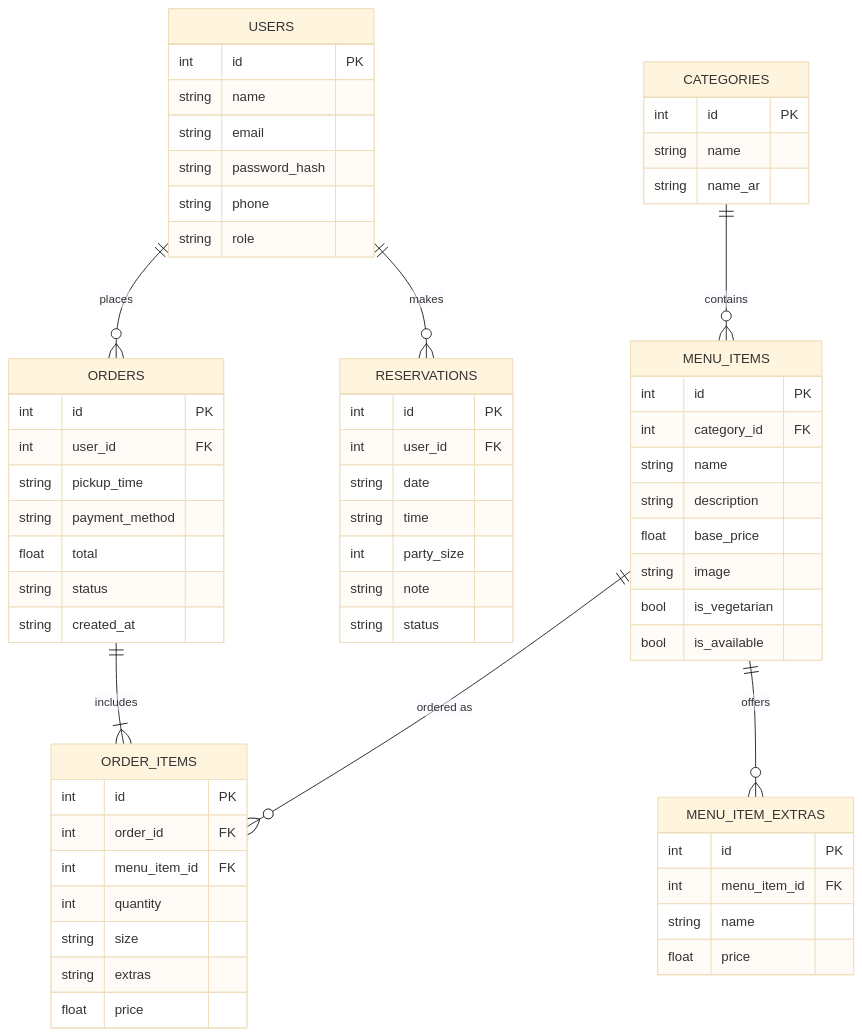
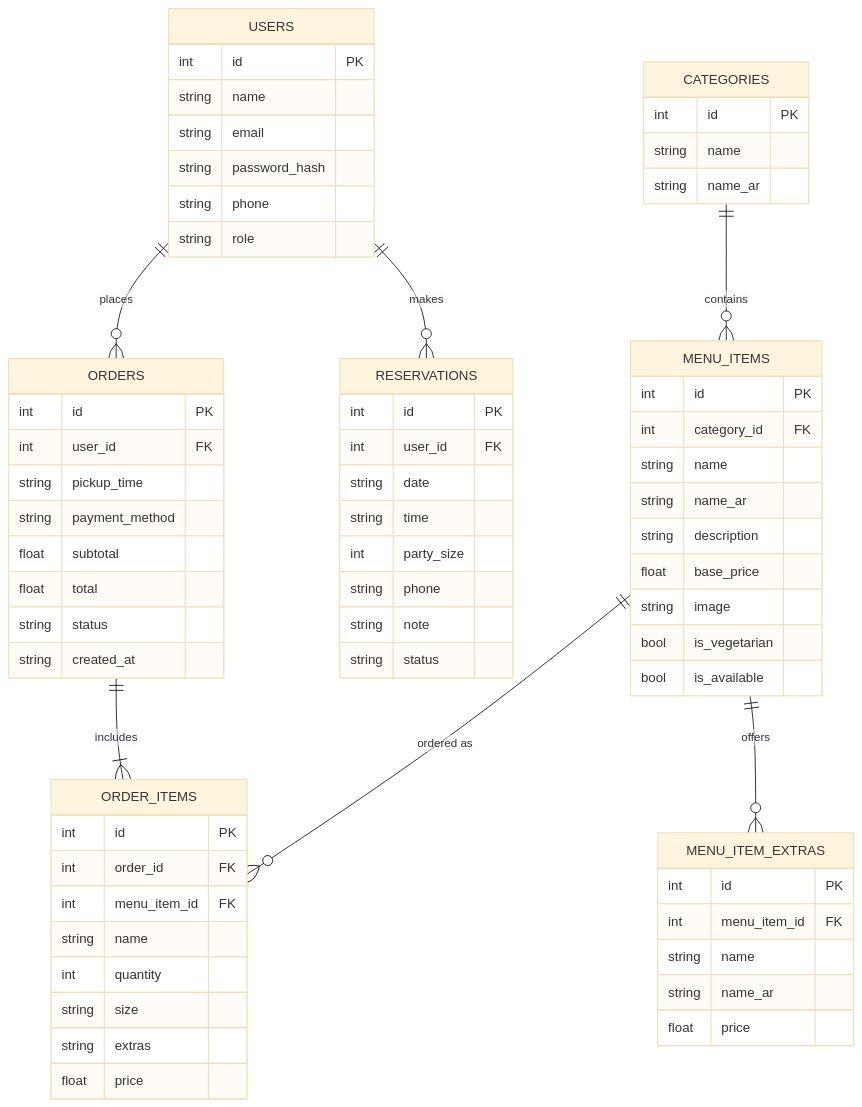
One commit to Ahmedemad-1/DepiProject changed the diagram in docs/design/erd.md. Above: the diagram before and after it, drawn with Mermaid (base theme). The commit also changed other lines of this file and 5 other files, not shown here.

````diff
--- a/docs/design/erd.md
+++ b/docs/design/erd.md
@@ -16,17 +5,17 @@
 ```mermaid
 erDiagram
   USERS ||--o{ ORDERS : places
   USERS ||--o{ RESERVATIONS : makes
   CATEGORIES ||--o{ MENU_ITEMS : contains
   MENU_ITEMS ||--o{ MENU_ITEM_EXTRAS : offers
   ORDERS ||--|{ ORDER_ITEMS : includes
   MENU_ITEMS ||--o{ ORDER_ITEMS : "ordered as"
 
   USERS { int id PK string name string email string password_hash string phone string role }
   CATEGORIES { int id PK string name string name_ar }
-  MENU_ITEMS { int id PK int category_id FK string name string description float base_price string image bool is_vegetarian bool is_available }
-  MENU_ITEM_EXTRAS { int id PK int menu_item_id FK string name float price }
-  ORDERS { int id PK int user_id FK string pickup_time string payment_method float total string status string created_at }
-  ORDER_ITEMS { int id PK int order_id FK int menu_item_id FK int quantity string size string extras float price }
-  RESERVATIONS { int id PK int user_id FK string date string time int party_size string note string status }
+  MENU_ITEMS { int id PK int category_id FK string name string name_ar string description float base_price string image bool is_vegetarian bool is_available }
+  MENU_ITEM_EXTRAS { int id PK int menu_item_id FK string name string name_ar float price }
+  ORDERS { int id PK int user_id FK string pickup_time string payment_method float subtotal float total string status string created_at }
+  ORDER_ITEMS { int id PK int order_id FK int menu_item_id FK string name int quantity string size string extras float price }
+  RESERVATIONS { int id PK int user_id FK string date string time int party_size string phone string note string status }
 ```
````
